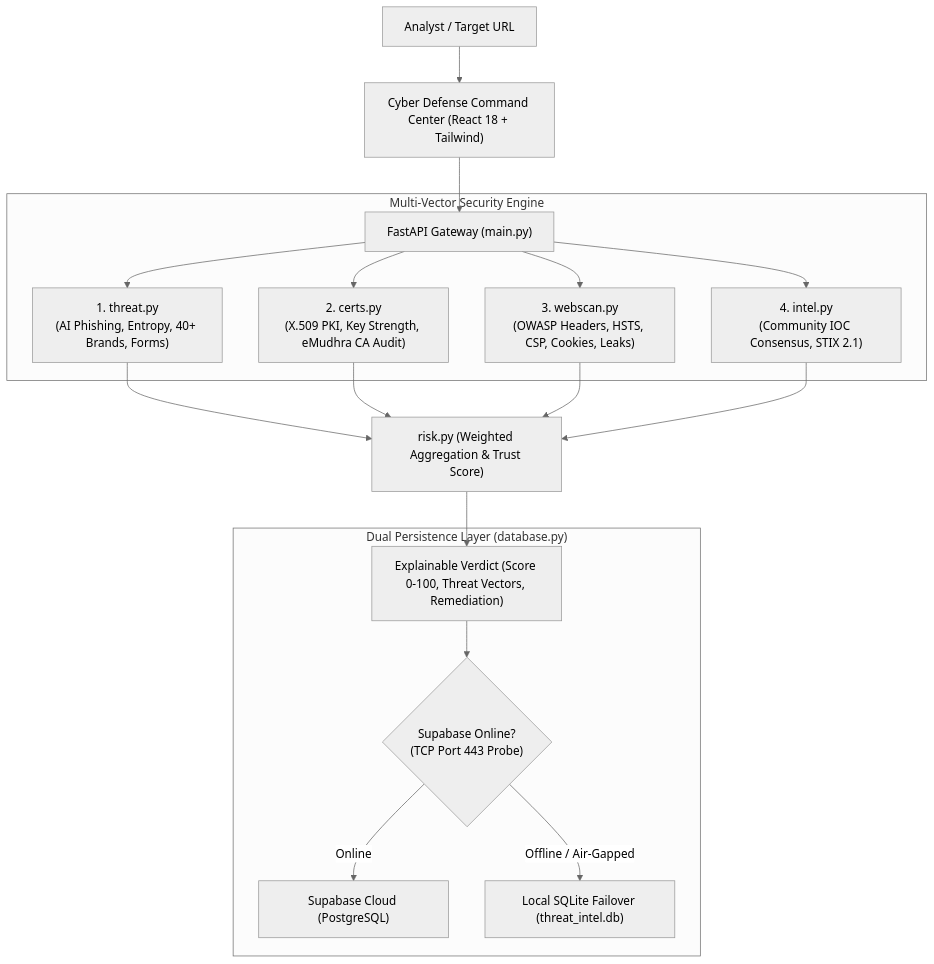
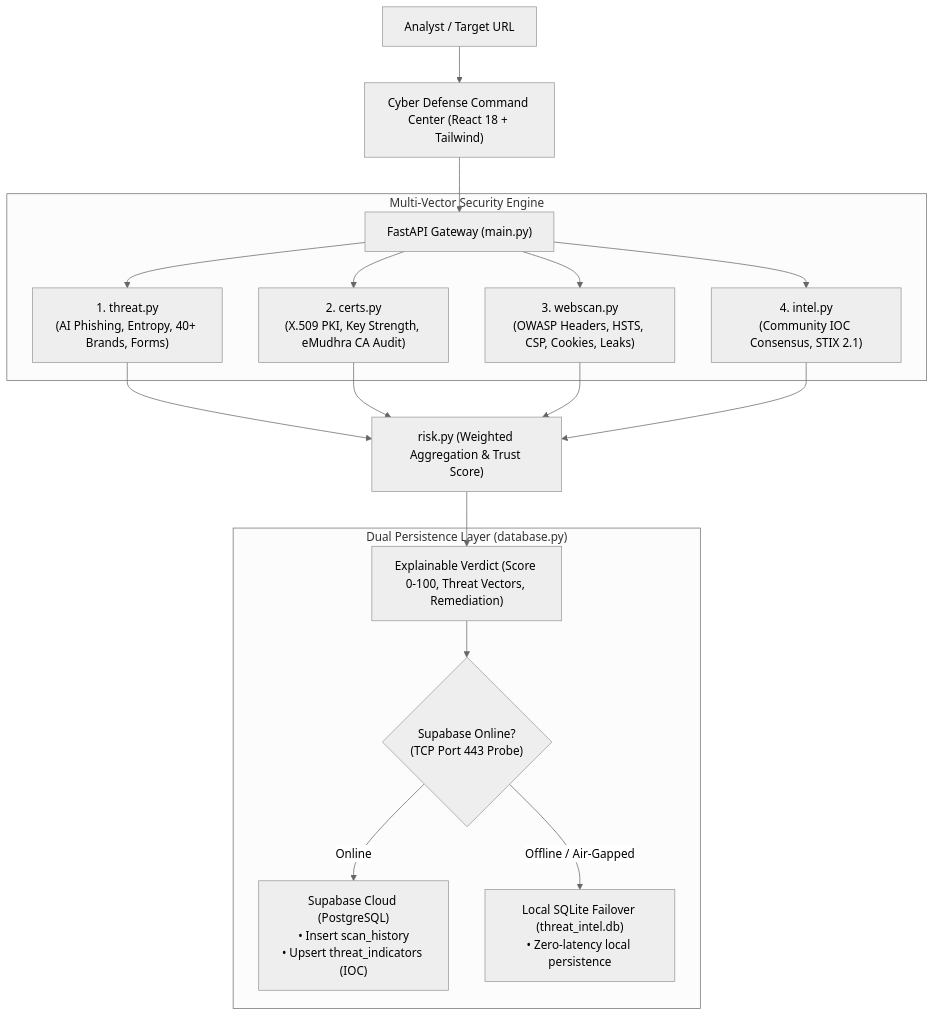
Before and after one commit to Deblina170/WEB-SECURITY-HACKMATRIX-26: the first of 2 diagrams in README.md, drawn with Mermaid (neutral theme). The commit also changed other lines of this file and 1 other file, not shown here.

Commit message:
docs: document Supabase autonomous IOC propagation and dual-persistence architecture

````diff
--- a/README.md
+++ b/README.md
@@ -57,21 +58,21 @@
 ```mermaid
 flowchart TD
     User["Analyst / Target URL"] --> UI["Cyber Defense Command Center (React 18 + Tailwind)"]
     UI --> API["FastAPI Gateway (main.py)"]
     
     subgraph MultiVectorEngine ["Multi-Vector Security Engine"]
         API --> V1["1. threat.py<br>(AI Phishing, Entropy, 40+ Brands, Forms)"]
         API --> V2["2. certs.py<br>(X.509 PKI, Key Strength, eMudhra CA Audit)"]
         API --> V3["3. webscan.py<br>(OWASP Headers, HSTS, CSP, Cookies, Leaks)"]
         API --> V4["4. intel.py<br>(Community IOC Consensus, STIX 2.1)"]
     end
     
     V1 & V2 & V3 & V4 --> RiskEngine["risk.py (Weighted Aggregation & Trust Score)"]
     RiskEngine --> Verdict["Explainable Verdict (Score 0-100, Threat Vectors, Remediation)"]
     
     subgraph PersistenceDock ["Dual Persistence Layer (database.py)"]
         Verdict --> TCPCheck{"Supabase Online?<br>(TCP Port 443 Probe)"}
-        TCPCheck -- "Online" --> Supa["Supabase Cloud (PostgreSQL)"]
-        TCPCheck -- "Offline / Air-Gapped" --> SQLite["Local SQLite Failover (threat_intel.db)"]
+        TCPCheck -- "Online" --> Supa["Supabase Cloud (PostgreSQL)<br>• Insert scan_history<br>• Upsert threat_indicators (IOC)"]
+        TCPCheck -- "Offline / Air-Gapped" --> SQLite["Local SQLite Failover (threat_intel.db)<br>• Zero-latency local persistence"]
     end
 ```
````
